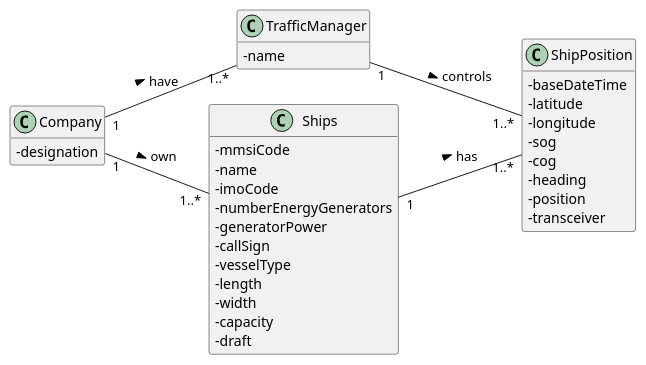
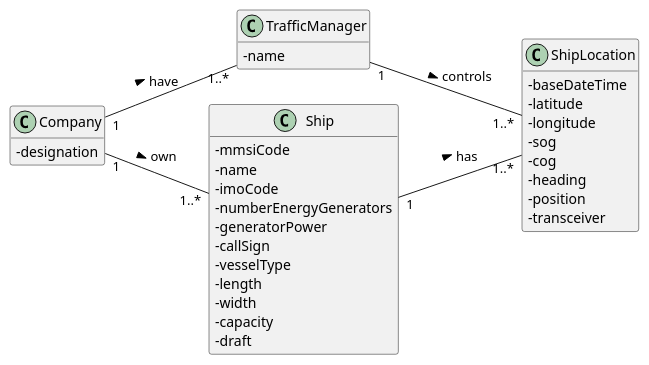
One commit to 0franciscor/lapr3-2021-g042 changed the diagram in docs/US103/US103_DM.puml. Above: the diagram before and after it, drawn with PlantUML. The commit also changed 7 other files, not shown here.

```diff
--- a/docs/US103/US103_DM.puml
+++ b/docs/US103/US103_DM.puml
@@ -1,48 +1,48 @@
 @startuml
 'https://plantuml.com/class-diagram
 
 hide methods
 left to right direction
 skinparam classAttributeIconSize 0
 
 class TrafficManager {
 -name
 }
 
-class ShipPosition {
+class ShipLocation {
 -baseDateTime
 -latitude
 -longitude
 -sog
 -cog
 -heading
 -position
 -transceiver
 }
 
-class Ships {
+class Ship {
 -mmsiCode
 -name
 -imoCode
 -numberEnergyGenerators
 -generatorPower
 -callSign
 -vesselType
 -length
 -width
 -capacity
 -draft
 }
 
 class Company {
 -designation
 }
 
-Company "1"--"1..*" Ships: own >
+Company "1"--"1..*" Ship: own >
 Company "1"--"1..*" TrafficManager: have >
 
-Ships "1" -- "1..*" ShipPosition : has >
+Ship "1" -- "1..*" ShipLocation : has >
 
-TrafficManager "1" -- "1..*" ShipPosition : controls >
+TrafficManager "1" -- "1..*" ShipLocation : controls >
 
 @enduml
```
